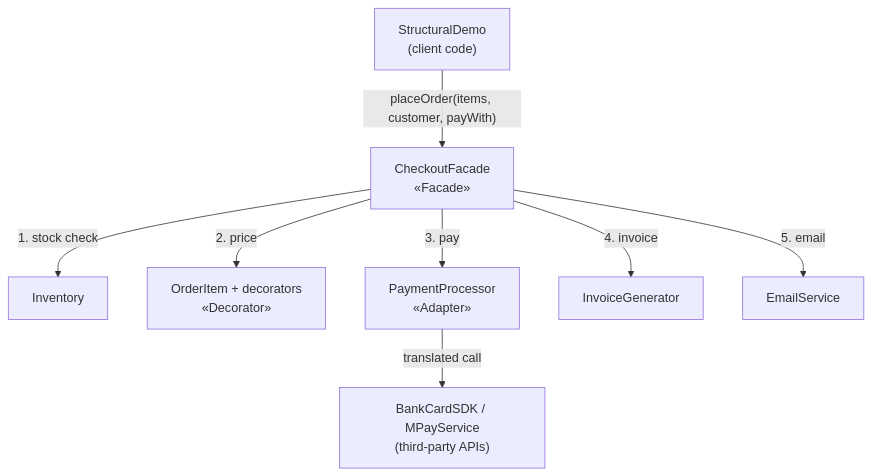
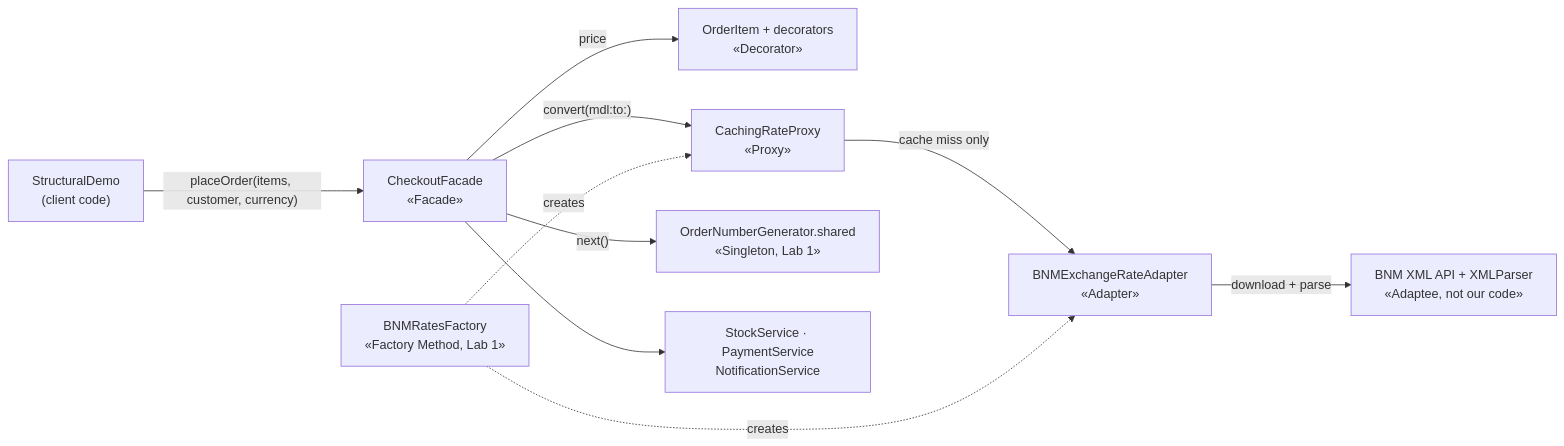
Before and after one commit to Afyze/tmps-2026-AugustinCarazanu: the first of 5 diagrams in lab2/report/REPORT.md, drawn with Mermaid. The commit also changed other lines of this file and 4 other files, not shown here.

Commit message:
Lab 2: REPORT.md (domain, UML diagrams, code, tests, conclusions) and README

````diff
--- a/lab2/report/REPORT.md
+++ b/lab2/report/REPORT.md
@@ -81,19 +30,22 @@
 ```mermaid
-flowchart TB
+flowchart LR
     Client["StructuralDemo<br/>(client code)"]
     F["CheckoutFacade<br/>«Facade»"]
-    INV["Inventory"]
-    DEC["OrderItem + decorators<br/>«Decorator»"]
-    AD["PaymentProcessor<br/>«Adapter»"]
-    SDK["BankCardSDK / MPayService<br/>(third-party APIs)"]
-    INVO["InvoiceGenerator"]
-    EM["EmailService"]
+    D["OrderItem + decorators<br/>«Decorator»"]
+    P["CachingRateProxy<br/>«Proxy»"]
+    A["BNMExchangeRateAdapter<br/>«Adapter»"]
+    API["BNM XML API + XMLParser<br/>«Adaptee, not our code»"]
+    FM["BNMRatesFactory<br/>«Factory Method, Lab 1»"]
+    S["OrderNumberGenerator.shared<br/>«Singleton, Lab 1»"]
+    SUB["StockService · PaymentService<br/>NotificationService"]
 
-    Client -->|"placeOrder(items, customer, payWith)"| F
-    F -->|"1. stock check"| INV
-    F -->|"2. price"| DEC
-    F -->|"3. pay"| AD
-    AD -->|"translated call"| SDK
-    F -->|"4. invoice"| INVO
-    F -->|"5. email"| EM
+    Client -->|"placeOrder(items, customer, currency)"| F
+    F -->|"price"| D
+    F -->|"convert(mdl:to:)"| P
+    P -->|"cache miss only"| A
+    A -->|"download + parse"| API
+    F --> SUB
+    F -->|"next()"| S
+    FM -. "creates" .-> P
+    FM -. "creates" .-> A
 ```
````
